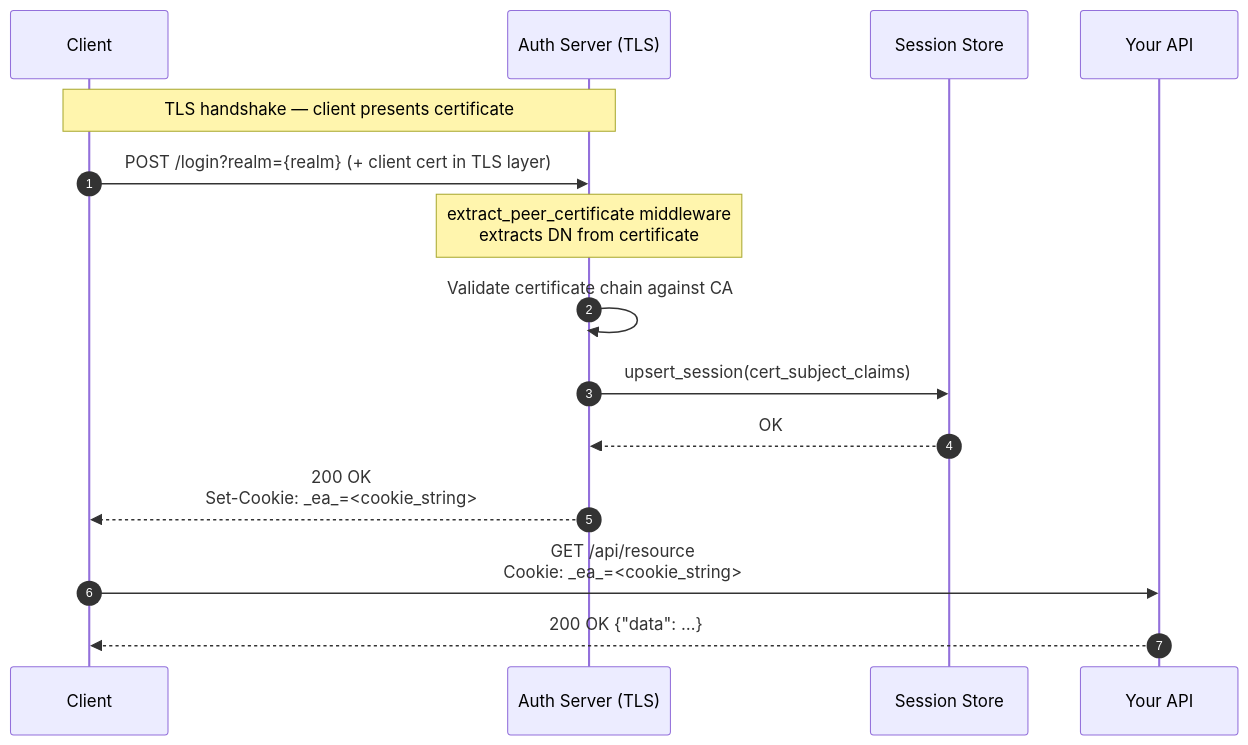
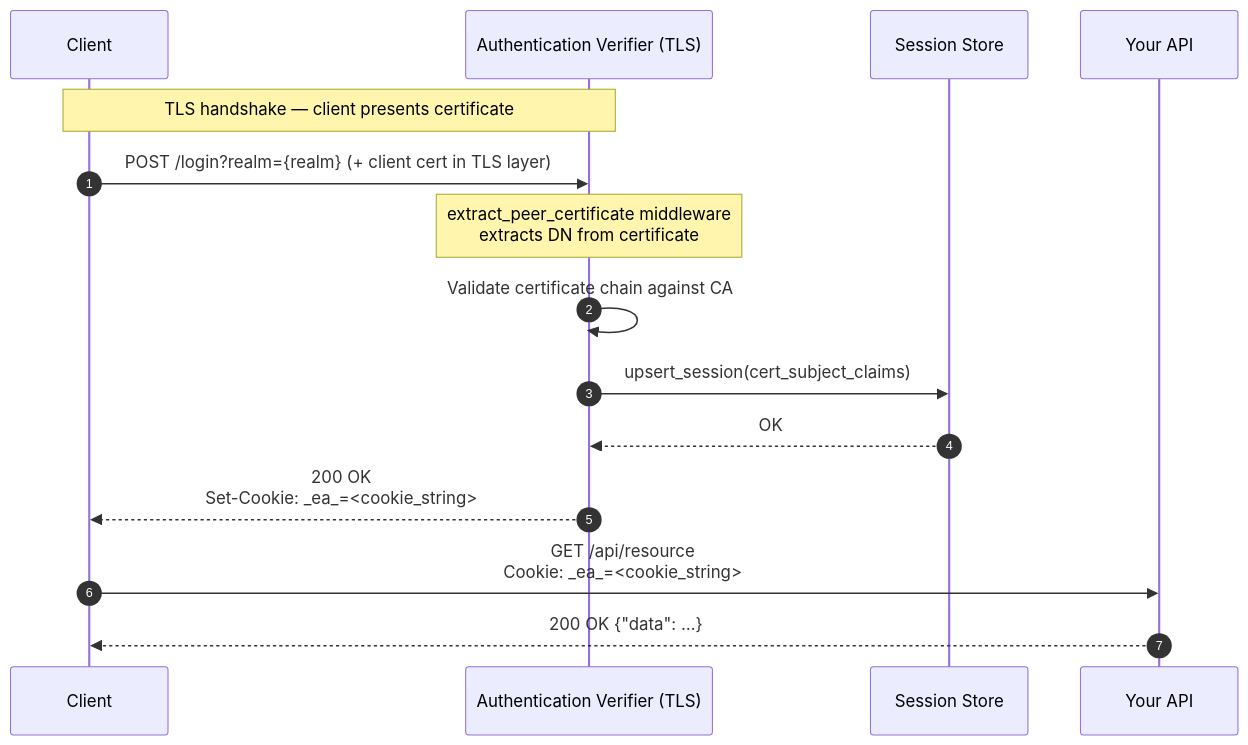
Before and after one commit to Cosmian/authentication: the fourth of 12 diagrams in server/documentation/docs/authentication_flows.md, drawn with Mermaid. The commit also changed other lines of this file and 22 other files, not shown here.

````diff
--- a/server/documentation/docs/authentication_flows.md
+++ b/server/documentation/docs/authentication_flows.md
@@ -187,19 +187,19 @@
 ```mermaid
 sequenceDiagram
     autonumber
     participant C as Client
-    participant EA as Auth Server (TLS)
+    participant EA as Authentication Verifier (TLS)
     participant SS as Session Store
     participant API as Your API
 
     note over C,EA: TLS handshake — client presents certificate
     C->>EA: POST /login?realm={realm}  (+ client cert in TLS layer)
     note over EA: extract_peer_certificate middleware<br/>extracts DN from certificate
     EA->>EA: Validate certificate chain against CA
     EA->>SS: upsert_session(cert_subject_claims)
     SS-->>EA: OK
     EA-->>C: 200 OK<br/>Set-Cookie: _ea_=<cookie_string>
 
     C->>API: GET /api/resource<br/>Cookie: _ea_=<cookie_string>
     API-->>C: 200 OK  {"data": …}
 ```
````
